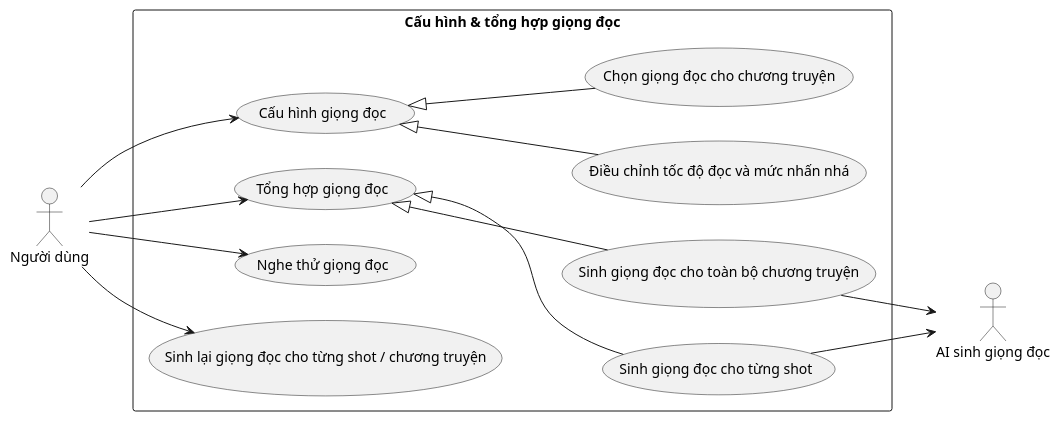
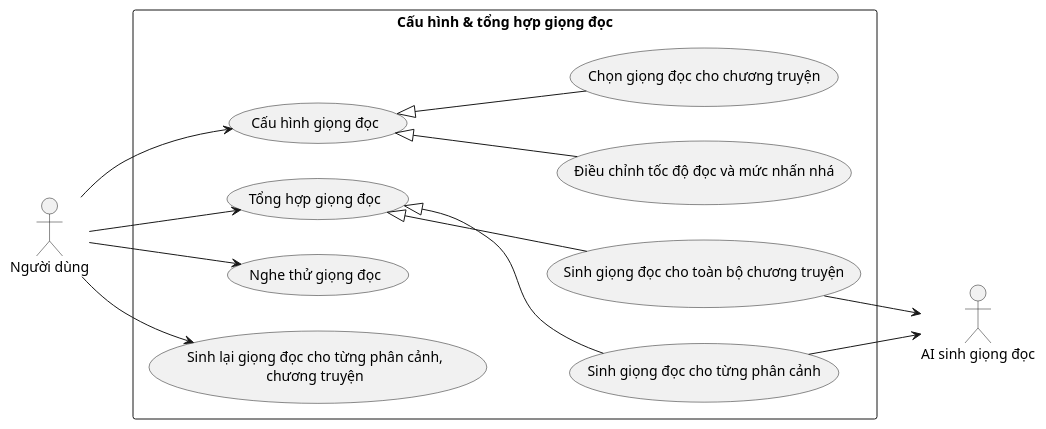
The diagram in docs/bieu-do-uc/bieu-do-uc-chi-tiet/make/cau-hinh-va-tong-hop-giong-doc.puml (202416852-anhpv/story2video-docs), drawn with PlantUML before and after one commit. The commit also changed 9 other files, not shown here.

```diff
--- a/docs/bieu-do-uc/bieu-do-uc-chi-tiet/make/cau-hinh-va-tong-hop-giong-doc.puml
+++ b/docs/bieu-do-uc/bieu-do-uc-chi-tiet/make/cau-hinh-va-tong-hop-giong-doc.puml
@@ -1,30 +1,30 @@
 @startuml cau-hinh-va-tong-hop-giong-doc
 left to right direction
 
 actor "Người dùng" as User
 actor "AI sinh giọng đọc" as AI_TTS
 
 rectangle "Cấu hình & tổng hợp giọng đọc" {
     usecase "Cấu hình giọng đọc" as UC_01
     usecase "Điều chỉnh tốc độ đọc và mức nhấn nhá" as UC_02
     usecase "Tổng hợp giọng đọc" as UC_03
     usecase "Chọn giọng đọc cho chương truyện" as UC_04
-    usecase "Sinh giọng đọc cho từng shot" as UC_05
+    usecase "Sinh giọng đọc cho từng phân cảnh" as UC_05
     usecase "Sinh giọng đọc cho toàn bộ chương truyện" as UC_07
     usecase "Nghe thử giọng đọc" as UC_06
-    usecase "Sinh lại giọng đọc cho từng shot / chương truyện" as UC_08
+    usecase "Sinh lại giọng đọc cho từng phân cảnh,\nchương truyện" as UC_08
 }
 
 User --> UC_01
 User --> UC_03
 User --> UC_06
 User --> UC_08
 UC_01 <|-- UC_02
 UC_01 <|-- UC_04
 UC_03 <|-- UC_05
 UC_03 <|-- UC_07
 
 UC_05 --> AI_TTS
 UC_07 --> AI_TTS  
 
 @enduml
```
